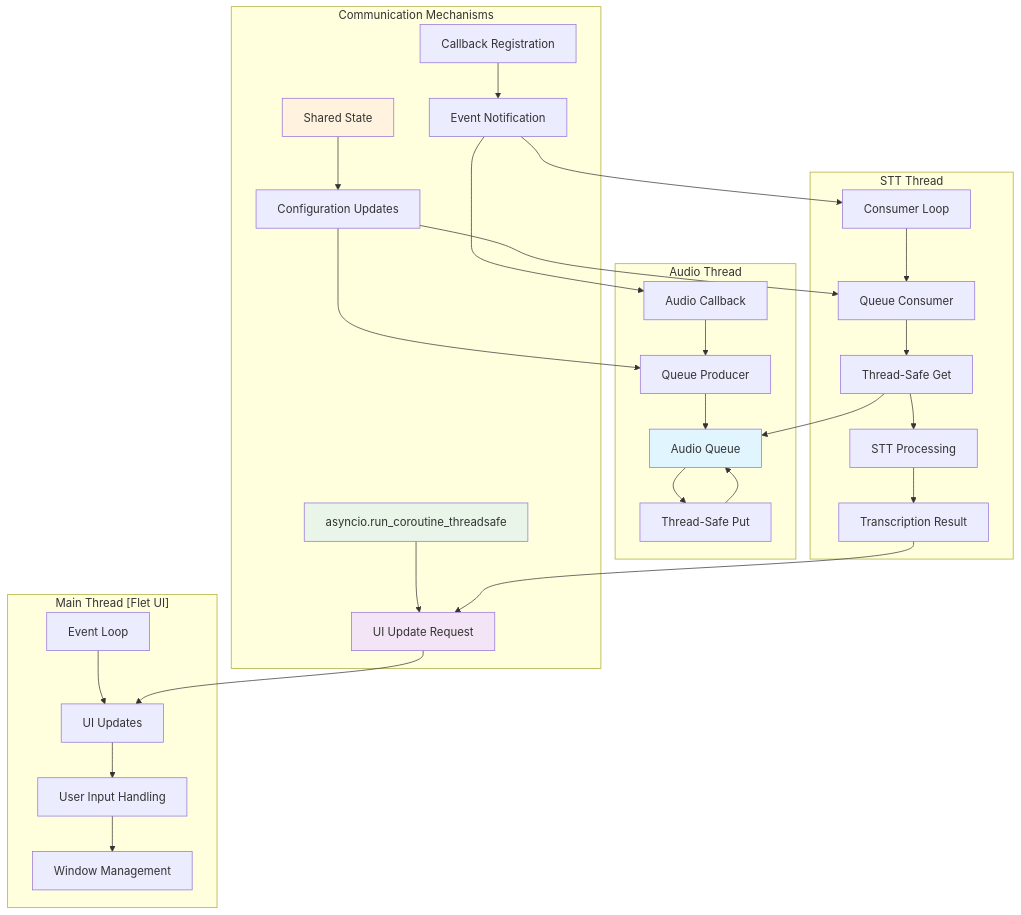
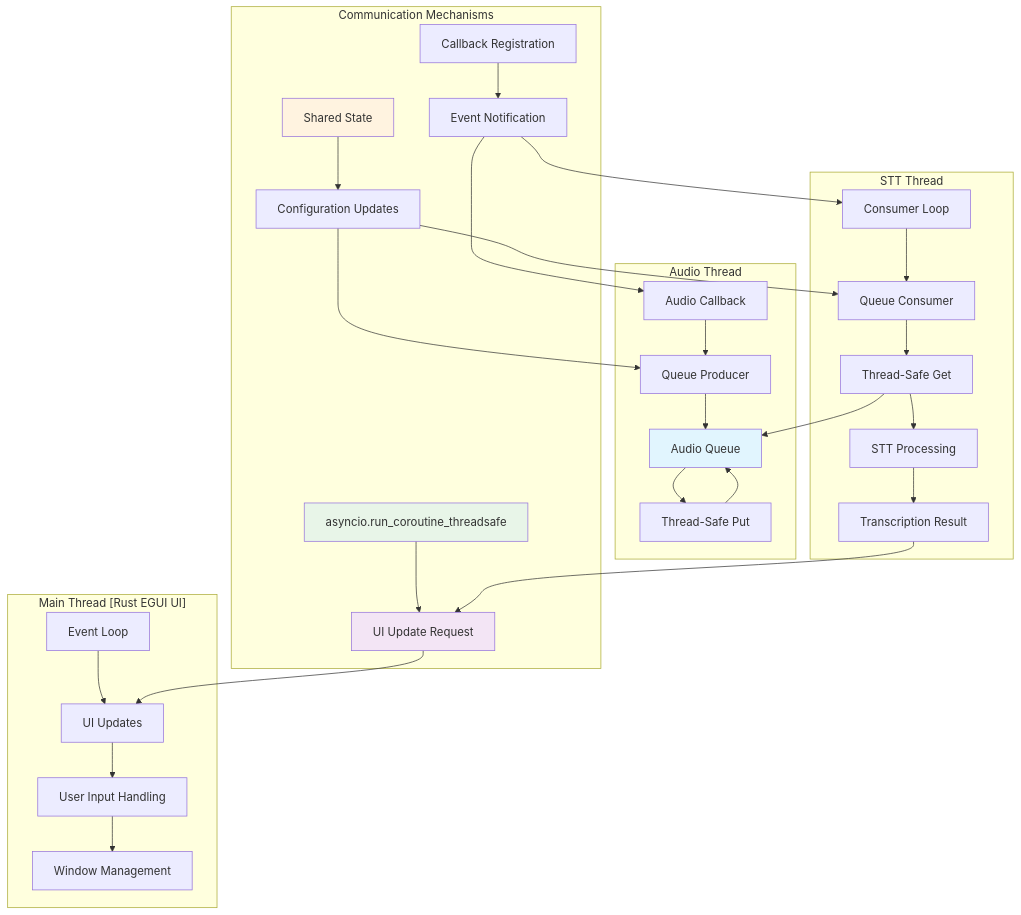
One commit to Coldaine/PersonalParakeet changed the ninth of 10 diagrams in docs/analysis/system_architecture_diagram.md. Above: the diagram before and after it, drawn with Mermaid. The commit also changed other lines of this file and 36 other files, not shown here.

First line of the commit message:
docs: Update documentation to reflect Rust+EGUI architecture

````diff
--- a/docs/analysis/system_architecture_diagram.md
+++ b/docs/analysis/system_architecture_diagram.md
@@ -412,42 +412,42 @@
 ```mermaid
 graph TD
-    subgraph "Main Thread [Flet UI]"
+    subgraph "Main Thread [Rust EGUI UI]"
         A[Event Loop] --> B[UI Updates]
         B --> C[User Input Handling]
         C --> D[Window Management]
     end
     
     subgraph "Audio Thread"
         E[Audio Callback] --> F[Queue Producer]
         F --> G[Audio Queue]
         G --> H[Thread-Safe Put]
     end
     
     subgraph "STT Thread"
         I[Consumer Loop] --> J[Queue Consumer]
         J --> K[Thread-Safe Get]
         K --> L[STT Processing]
         L --> M[Transcription Result]
     end
     
     subgraph "Communication Mechanisms"
         N[asyncio.run_coroutine_threadsafe] --> O[UI Update Request]
         P[Callback Registration] --> Q[Event Notification]
         R[Shared State] --> S[Configuration Updates]
     end
     
     M --> O
     O --> B
     H --> G
     K --> G
     
     Q --> E
     Q --> I
     S --> F
     S --> J
     
     style G fill:#e1f5fe
     style O fill:#f3e5f5
     style N fill:#e8f5e8
     style R fill:#fff3e0
 ```
````
